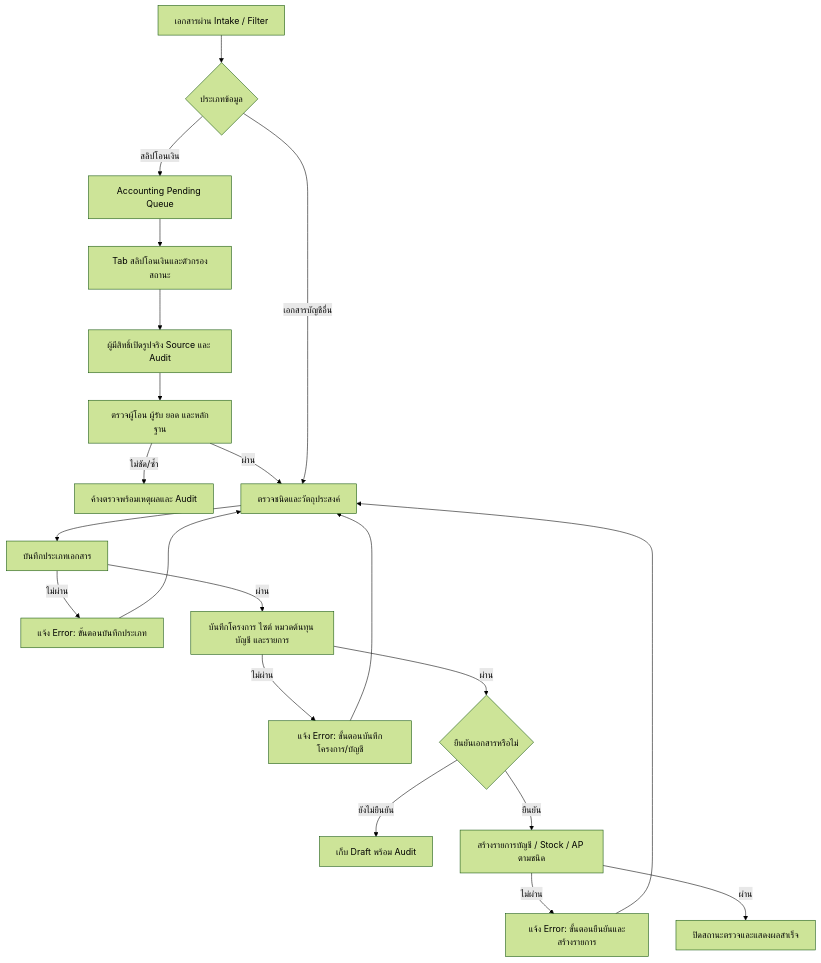
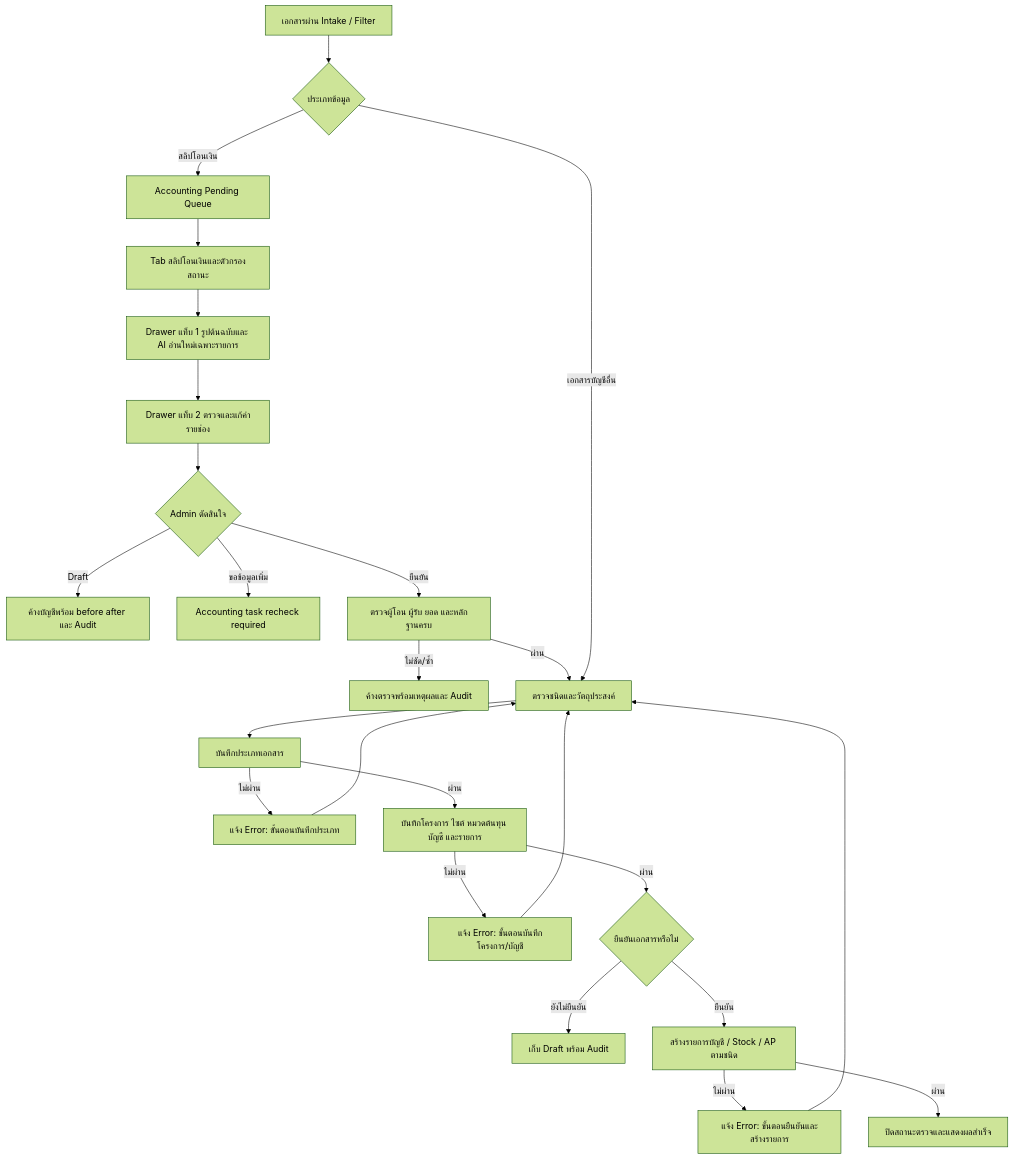
One commit to paramonjong-afk/WisdomAI changed the diagram in docs/ACCOUNTING_DOCUMENT_CONFIRMATION_FLOW.md. Above: the diagram before and after it, drawn with Mermaid (forest theme). The commit also changed other lines of this file and 8 other files, not shown here.

````diff
--- a/docs/ACCOUNTING_DOCUMENT_CONFIRMATION_FLOW.md
+++ b/docs/ACCOUNTING_DOCUMENT_CONFIRMATION_FLOW.md
@@ -3,23 +3,27 @@
 ```mermaid
 flowchart TD
   A[เอกสารผ่าน Intake / Filter] --> B{ประเภทข้อมูล}
   B -->|สลิปโอนเงิน| Q[Accounting Pending Queue]
   Q --> Q0[Tab สลิปโอนเงินและตัวกรองสถานะ]
-  Q0 --> B1[ผู้มีสิทธิ์เปิดรูปจริง Source และ Audit]
-  B1 --> C1[ตรวจผู้โอน ผู้รับ ยอด และหลักฐาน]
+  Q0 --> B1[Drawer แท็บ 1 รูปต้นฉบับและ AI อ่านใหม่เฉพาะรายการ]
+  B1 --> B2[Drawer แท็บ 2 ตรวจและแก้ค่ารายช่อง]
+  B2 --> B3{Admin ตัดสินใจ}
+  B3 -->|Draft| QD[ค้างบัญชีพร้อม before after และ Audit]
+  B3 -->|ขอข้อมูลเพิ่ม| QI[Accounting task recheck required]
+  B3 -->|ยืนยัน| C1[ตรวจผู้โอน ผู้รับ ยอด และหลักฐานครบ]
   C1 -->|ไม่ชัด/ซ้ำ| Q1[ค้างตรวจพร้อมเหตุผลและ Audit]
   C1 -->|ผ่าน| C[ตรวจชนิดและวัตถุประสงค์]
   B -->|เอกสารบัญชีอื่น| C
   C --> D[บันทึกประเภทเอกสาร]
   D -->|ไม่ผ่าน| D1[แจ้ง Error: ขั้นตอนบันทึกประเภท]
   D -->|ผ่าน| E[บันทึกโครงการ ไซต์ หมวดต้นทุน บัญชี และรายการ]
   E -->|ไม่ผ่าน| E1[แจ้ง Error: ขั้นตอนบันทึกโครงการ/บัญชี]
   E -->|ผ่าน| F{ยืนยันเอกสารหรือไม่}
   F -->|ยังไม่ยืนยัน| G[เก็บ Draft พร้อม Audit]
   F -->|ยืนยัน| H[สร้างรายการบัญชี / Stock / AP ตามชนิด]
   H -->|ไม่ผ่าน| H1[แจ้ง Error: ขั้นตอนยืนยันและสร้างรายการ]
   H -->|ผ่าน| I[ปิดสถานะตรวจและแสดงผลสำเร็จ]
   D1 --> C
   E1 --> C
   H1 --> C
 ```
````
